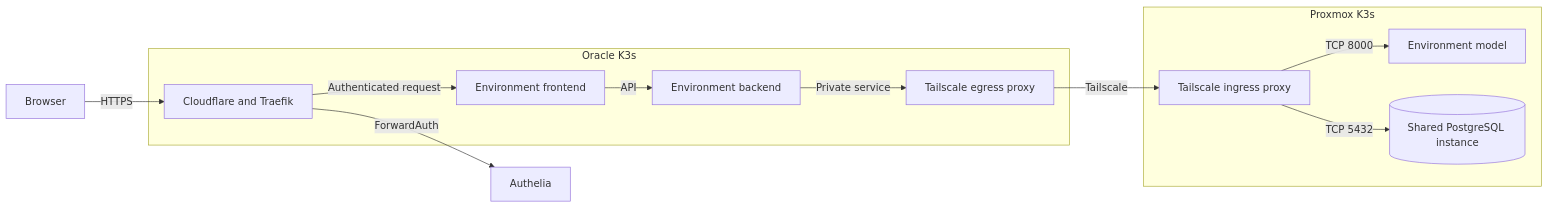
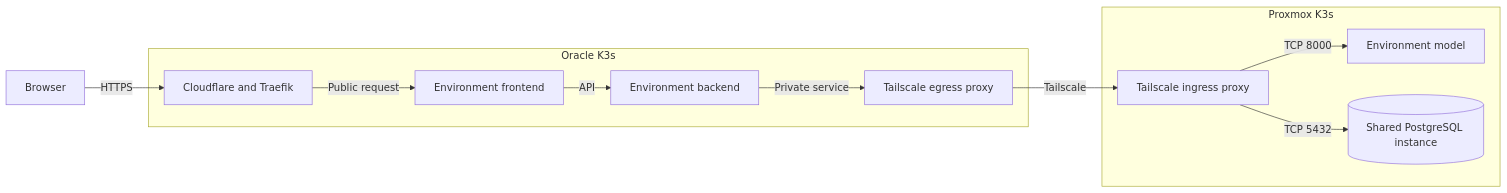
The diagram in docs/operations/disease-prediction.md (Disease-Prediction-ASET26/disease-prediction-gitops), drawn with Mermaid before and after one commit. The commit also changed other lines of this file and 4 other files, not shown here.

````diff
--- a/docs/operations/disease-prediction.md
+++ b/docs/operations/disease-prediction.md
@@ -21,15 +22,14 @@
 ```mermaid
 flowchart LR
   browser[Browser] -->|HTTPS| edge[Cloudflare and Traefik]
-  edge -->|ForwardAuth| auth[Authelia]
   subgraph oracle[Oracle K3s]
-    edge -->|Authenticated request| frontend[Environment frontend]
+    edge -->|Public request| frontend[Environment frontend]
     frontend -->|API| backend[Environment backend]
     backend -->|Private service| egress[Tailscale egress proxy]
   end
   subgraph proxmox[Proxmox K3s]
     ingress[Tailscale ingress proxy] -->|TCP 8000| model[Environment model]
     ingress -->|TCP 5432| database[(Shared PostgreSQL instance)]
   end
   egress -->|Tailscale| ingress
 ```
````
